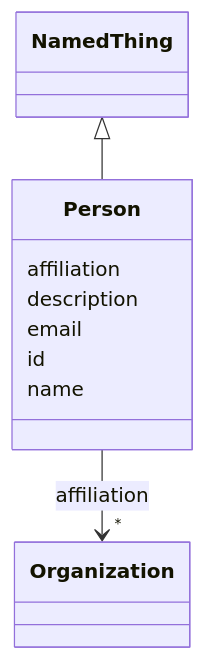
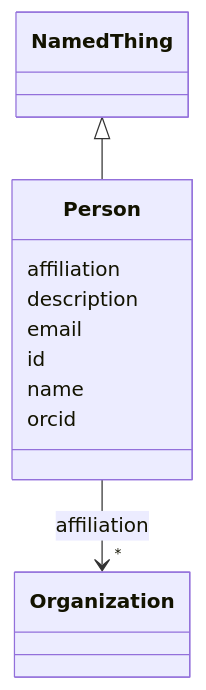
One commit to bridge2ai/data-sheets-schema changed the diagram in docs/Person.md. Above: the diagram before and after it, drawn with Mermaid. The commit also changed other lines of this file and 682 other files, not shown here.

````diff
--- a/docs/Person.md
+++ b/docs/Person.md
@@ -18,28 +18,30 @@
 ```mermaid
  classDiagram
     class Person
     click Person href "../Person/"
       NamedThing <|-- Person
         click NamedThing href "../NamedThing/"
       
       Person : affiliation
         
           
     
         
         
         Person --> "*" Organization : affiliation
         click Organization href "../Organization/"
     
 
         
       Person : description
         
       Person : email
         
       Person : id
         
       Person : name
         
+      Person : orcid
+        
       
 ```
````
